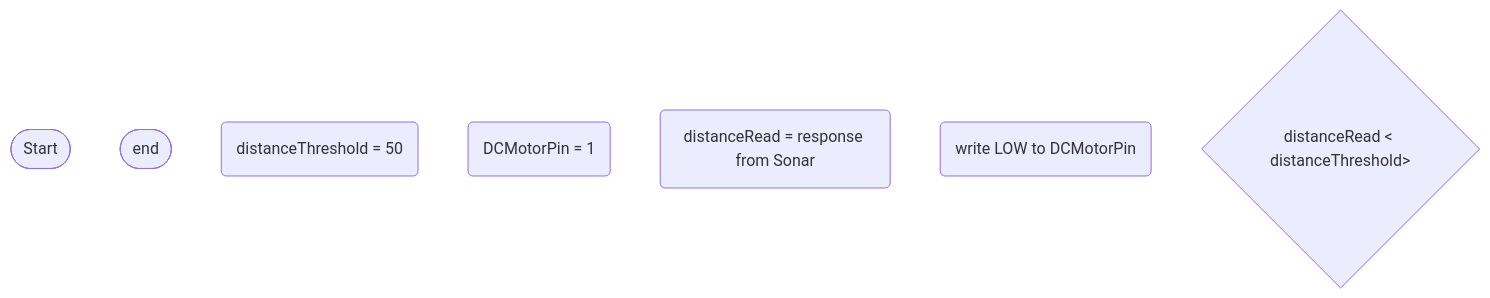
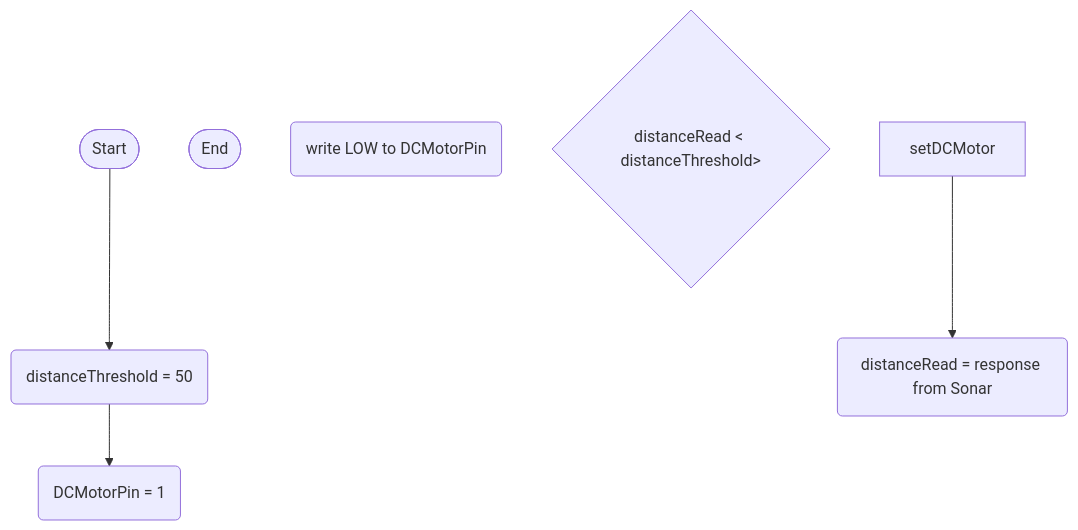
The diagram in logic.md (Nebbington/ElectronicsBoard), drawn with Mermaid before and after one commit.

````diff
--- a/logic.md
+++ b/logic.md
@@ -1,10 +1,15 @@
  ```mermaid
 flowchart TD
 terminalStart([Start])
-terminalEnd([end])
+terminalEnd([End])
 thresholdSet(distanceThreshold = 50)
 setDCMotorPin(DCMotorPin = 1)
 currentDistanceReading(distanceRead = response from Sonar)
 activatePiezo(write LOW to DCMotorPin)
 ifDistanceLessThanThreshold{distanceRead < distanceThreshold>}
+terminalStart --> thresholdSet
+thresholdSet --> setDCMotorPin
+setDCMotor --> currentDistanceReading
+
+
  ```
````
